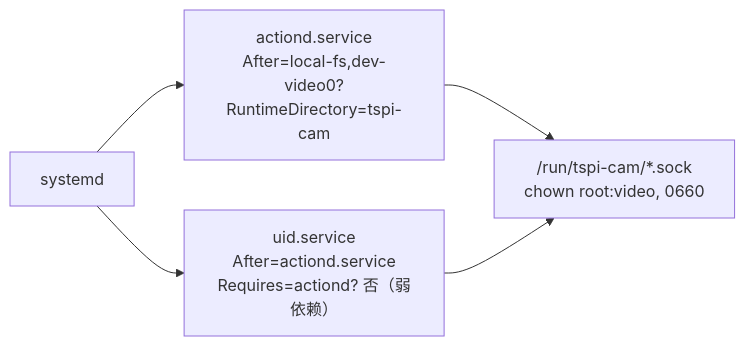
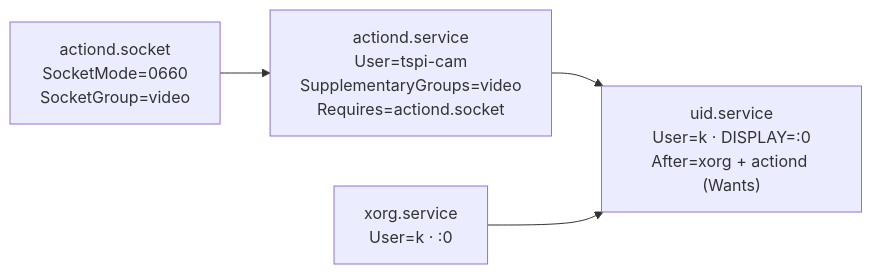
Before and after one commit to K12231217/tspi-cam: the diagram in docs/design/architecture.md, drawn with Mermaid. The commit also changed other lines of this file and 5 other files, not shown here.

````diff
--- a/docs/design/architecture.md
+++ b/docs/design/architecture.md
@@ -79,7 +87,10 @@
 ```mermaid
 flowchart LR
-    sys["systemd"] --> ad["actiond.service<br/>After=local-fs,dev-video0?<br/>RuntimeDirectory=tspi-cam"]
-    sys --> ui["uid.service<br/>After=actiond.service<br/>Requires=actiond? 否（弱依赖）"]
-    ad --> sock["/run/tspi-cam/*.sock<br/>chown root:video, 0660"]
-    ui --> sock
+    sock["actiond.socket<br/>SocketMode=0660<br/>SocketGroup=video"]
+    ad["actiond.service<br/>User=tspi-cam<br/>SupplementaryGroups=video<br/>Requires=actiond.socket"]
+    x["xorg.service<br/>User=k · :0"]
+    ui["uid.service<br/>User=k · DISPLAY=:0<br/>After=xorg + actiond (Wants)"]
+    sock --> ad
+    ad --> ui
+    x --> ui
 ```
````
